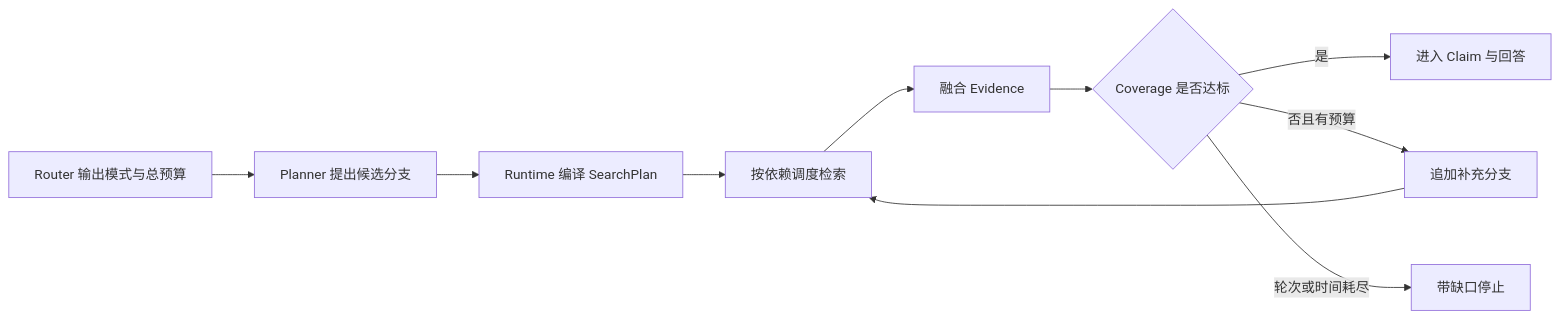
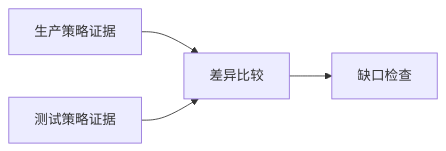
Before and after one commit to upJiang/jiang-blog-vitepress: the diagram in docs/ai-agent/agent-planner-search-plan.md, drawn with Mermaid. The commit also changed other lines of this file and 365 other files, not shown here.

````diff
--- a/docs/ai-agent/agent-planner-search-plan.md
+++ b/docs/ai-agent/agent-planner-search-plan.md
@@ -51,12 +96,6 @@
 ```mermaid
 flowchart LR
-  A[Router 输出模式与总预算] --> B[Planner 提出候选分支]
-  B --> C[Runtime 编译 SearchPlan]
-  C --> D[按依赖调度检索]
-  D --> E[融合 Evidence]
-  E --> F{Coverage 是否达标}
-  F -->|是| G[进入 Claim 与回答]
-  F -->|否且有预算| H[追加补充分支]
-  H --> D
-  F -->|轮次或时间耗尽| I[带缺口停止]
+    A[生产策略证据] --> C[差异比较]
+    B[测试策略证据] --> C
+    C --> D[缺口检查]
 ```
````
